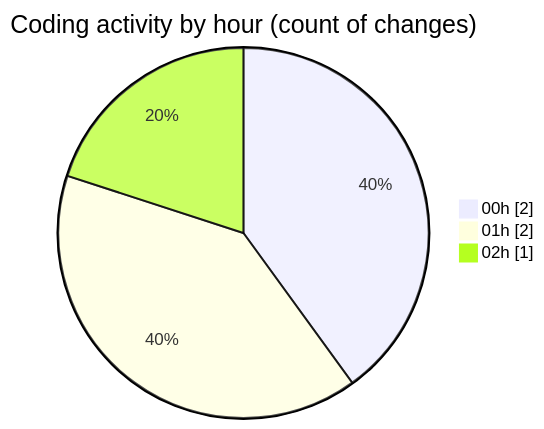
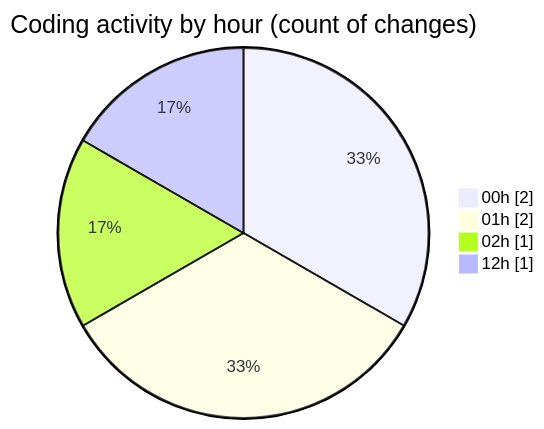
The second of 2 diagrams in 2026-07-09/twenty_versions_aminor/README.md (shibass792/code-tracking), drawn with Mermaid before and after one commit. The commit also changed other lines of this file and 1 other file, not shown here.

````diff
--- a/2026-07-09/twenty_versions_aminor/README.md
+++ b/2026-07-09/twenty_versions_aminor/README.md
@@ -32,7 +34,8 @@
 ```mermaid
 pie showData
 title Coding activity by hour (count of changes)
 "00h" : 2
 "01h" : 2
 "02h" : 1
+"12h" : 1
 ```
````
